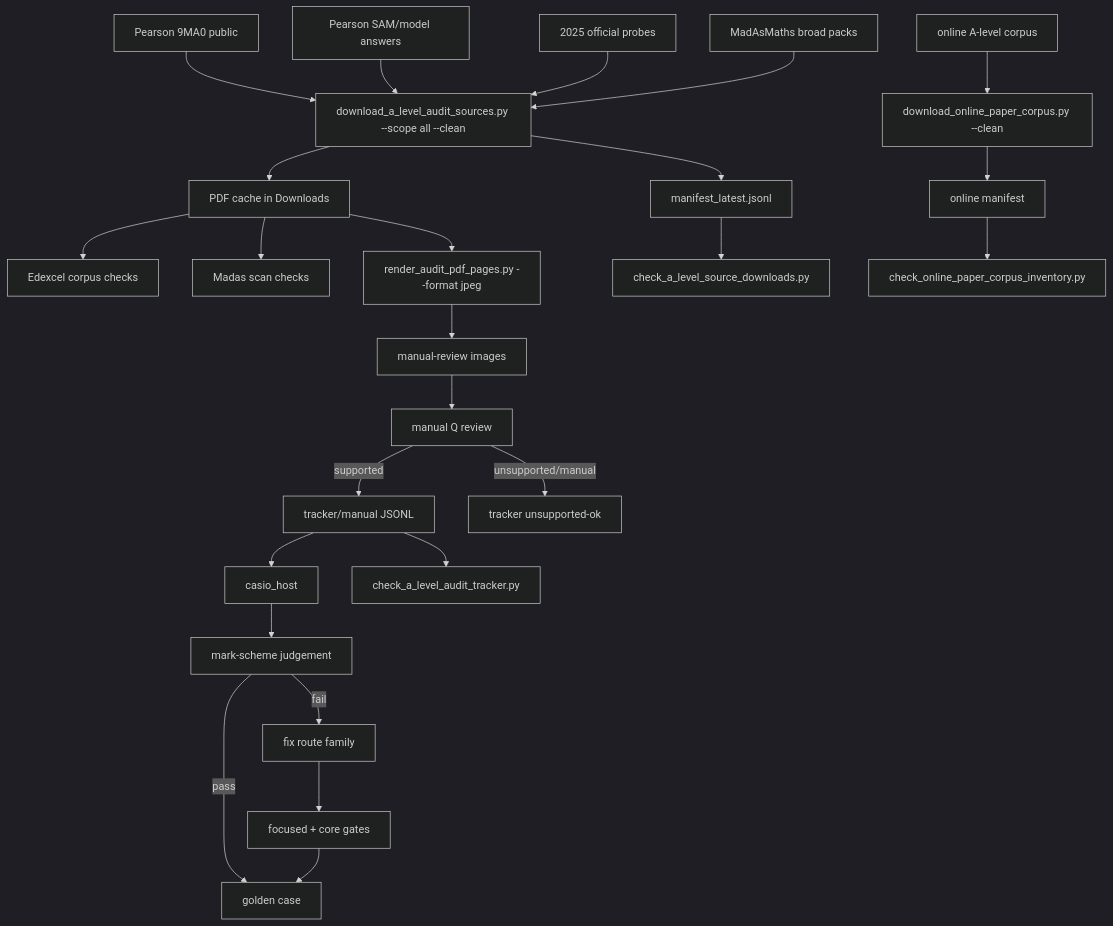
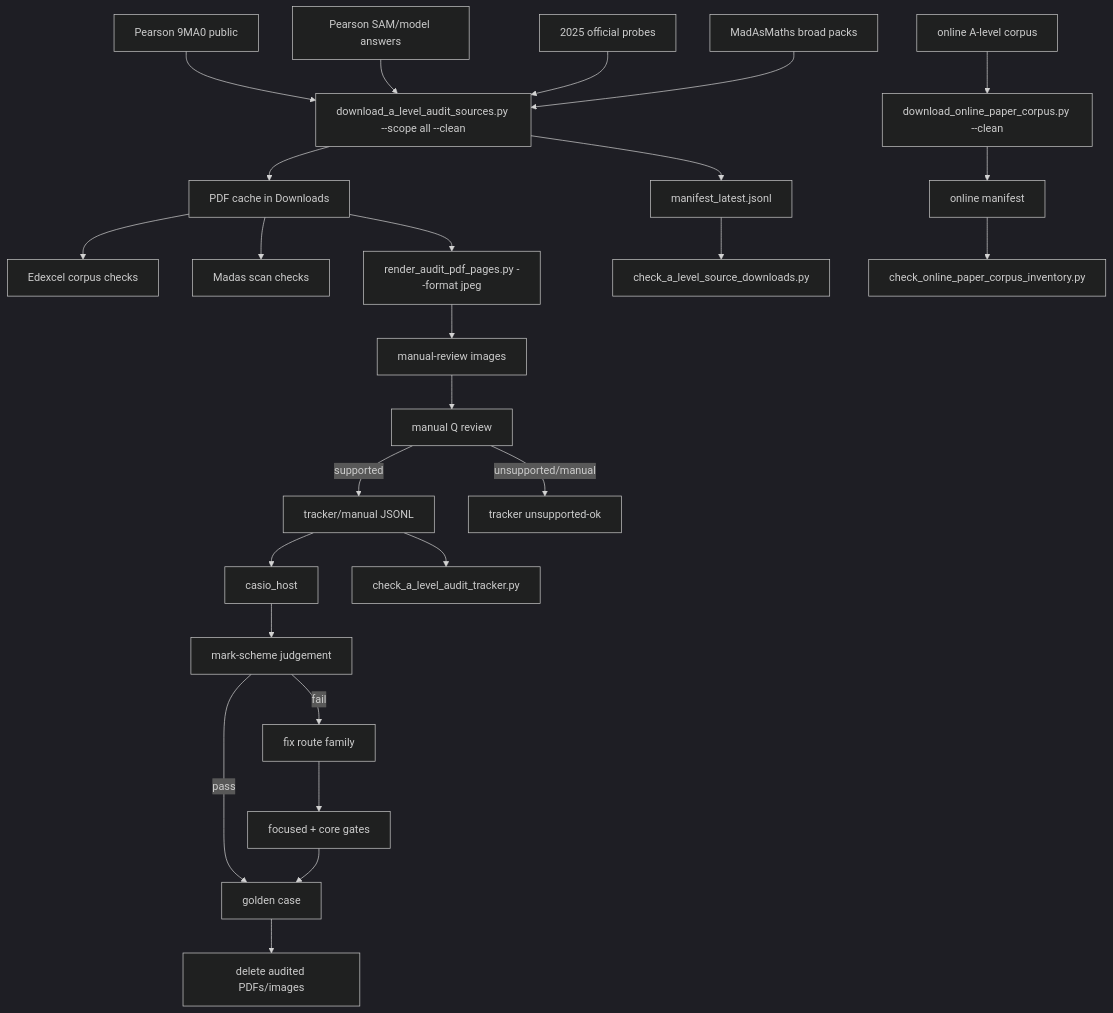
One commit to james8464/notes-addin-casio-fx-cg50 changed the diagram in c++/tools/golden/a_level_audit_graph.md. Above: the diagram before and after it, drawn with Mermaid (dark theme). The commit also changed 3 other files, not shown here.

````diff
--- a/c++/tools/golden/a_level_audit_graph.md
+++ b/c++/tools/golden/a_level_audit_graph.md
@@ -3,27 +3,28 @@
 ```mermaid
 graph TD
   E1["Pearson 9MA0 public"] --> D["download_a_level_audit_sources.py --scope all --clean"]
   E2["Pearson SAM/model answers"] --> D
   E3["2025 official probes"] --> D
   M1["MadAsMaths broad packs"] --> D
   O1["online A-level corpus"] --> OD["download_online_paper_corpus.py --clean"]
   D --> P["PDF cache in Downloads"]
   D --> X["manifest_latest.jsonl"]
   OD --> OX["online manifest"]
   X --> V["check_a_level_source_downloads.py"]
   OX --> OV["check_online_paper_corpus_inventory.py"]
   P --> E["Edexcel corpus checks"]
   P --> S["Madas scan checks"]
   P --> R["render_audit_pdf_pages.py --format jpeg"]
   R --> I["manual-review images"]
   I --> Q["manual Q review"]
   Q -->|supported| J["tracker/manual JSONL"]
   Q -->|unsupported/manual| U["tracker unsupported-ok"]
   J --> H["casio_host"]
   J --> K["check_a_level_audit_tracker.py"]
   H --> C["mark-scheme judgement"]
   C -->|pass| G["golden case"]
   C -->|fail| F["fix route family"]
   F --> T["focused + core gates"]
   T --> G
+  G --> Z["delete audited PDFs/images"]
 ```
````
